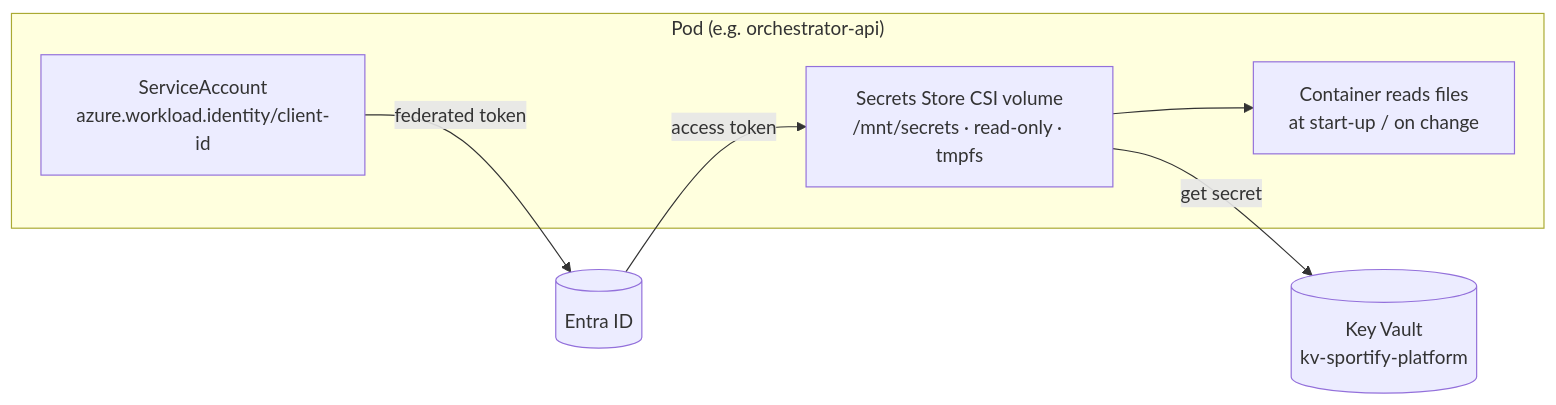
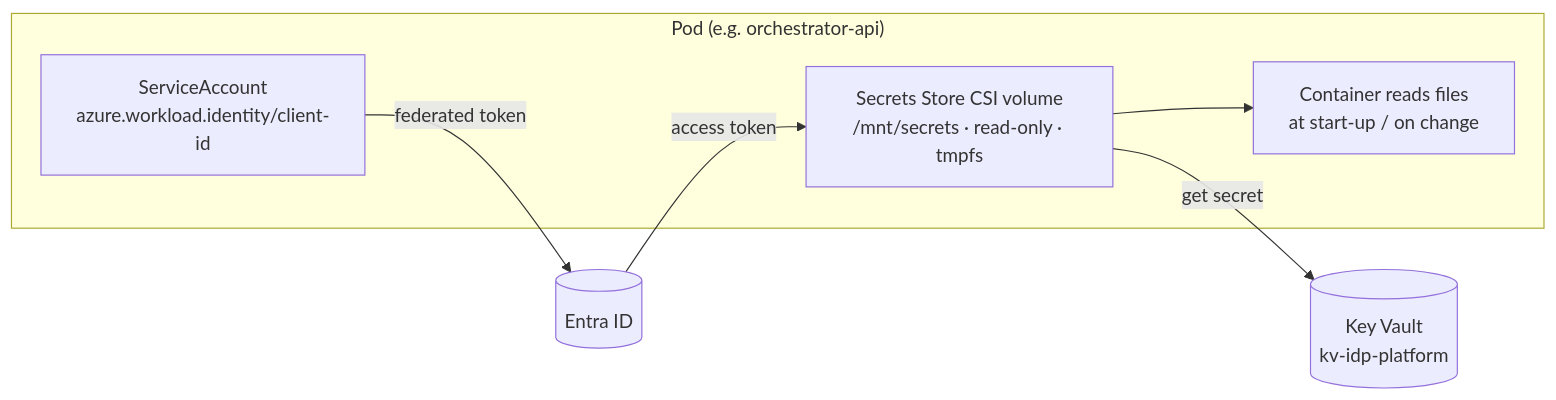
The diagram in docs/security/secret-management.md (nixvarghese01/azure-backstage-goldenpath), drawn with Mermaid before and after one commit. The commit also changed other lines of this file and 183 other files, not shown here.

````diff
--- a/docs/security/secret-management.md
+++ b/docs/security/secret-management.md
@@ -74,13 +74,13 @@
 ```mermaid
 flowchart LR
-    KV[(Key Vault<br/>kv-sportify-platform)]
+    KV[(Key Vault<br/>kv-idp-platform)]
     subgraph Pod["Pod (e.g. orchestrator-api)"]
         SA[ServiceAccount<br/>azure.workload.identity/client-id]
         CSI[Secrets Store CSI volume<br/>/mnt/secrets · read-only · tmpfs]
         APP[Container reads files<br/>at start-up / on change]
     end
     ENTRA[(Entra ID)]
     SA -- federated token --> ENTRA -- access token --> CSI
     CSI -- get secret --> KV
     CSI --> APP
 ```
````
